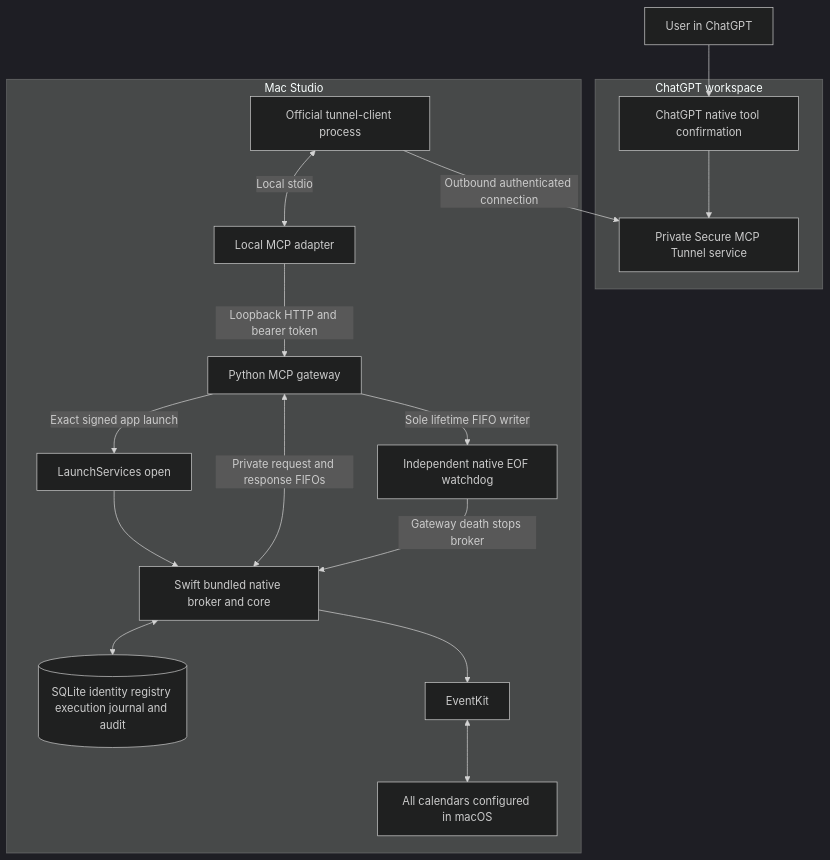
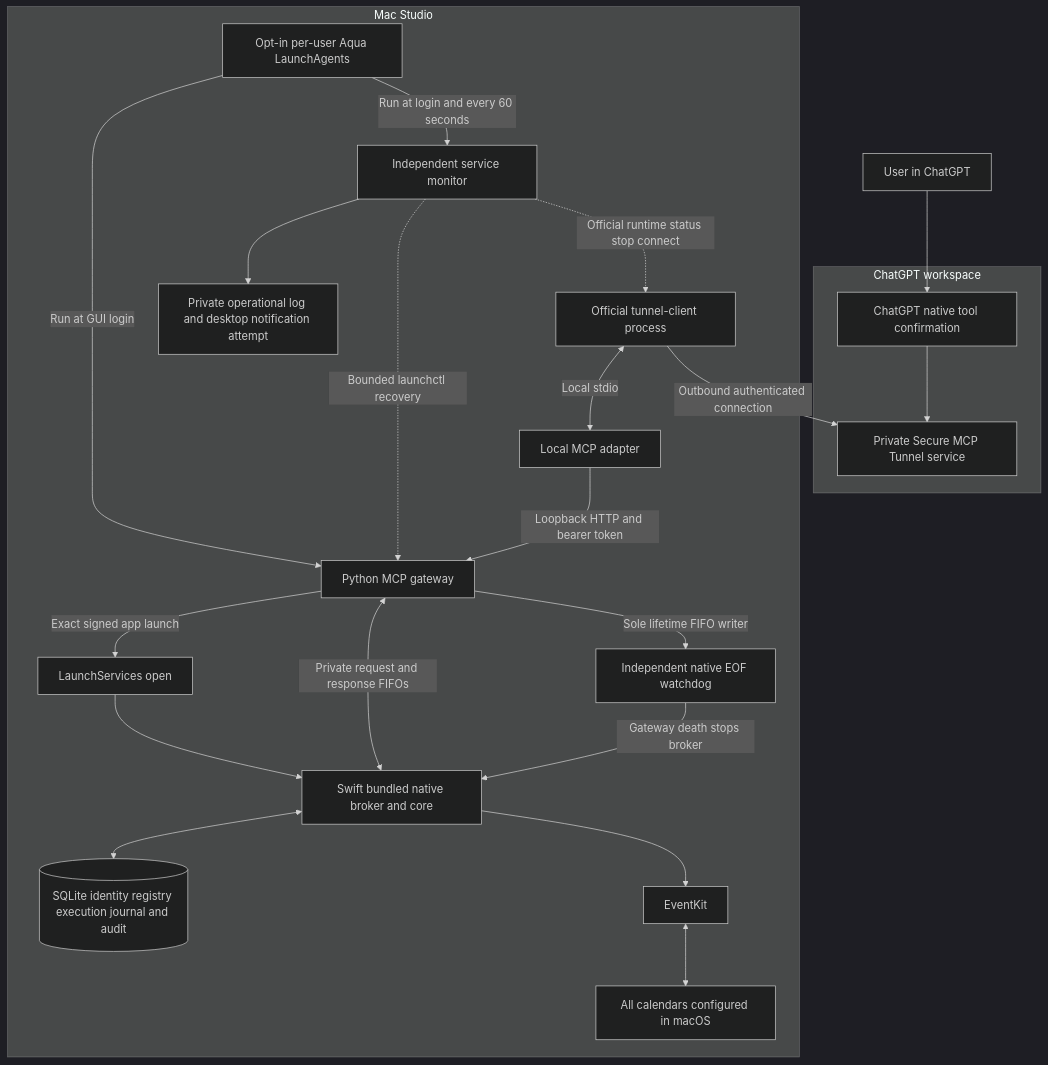
Before and after one commit to rmilkowski/icloud-calendar-mcp: the first of 3 diagrams in docs/architecture.md, drawn with Mermaid (dark theme). The commit also changed other lines of this file and 6 other files, not shown here.

Commit message:
Add macOS login services with bounded recovery and alerts

````diff
--- a/docs/architecture.md
+++ b/docs/architecture.md
@@ -22,20 +23,25 @@
 ```mermaid
 flowchart TB
     U[User in ChatGPT] --> C[ChatGPT native tool confirmation]
     subgraph Cloud[ChatGPT workspace]
         C --> T[Private Secure MCP Tunnel service]
     end
     subgraph Mac[Mac Studio]
+        LD[Opt-in per-user Aqua LaunchAgents] -->|Run at GUI login| G
+        LD -->|Run at login and every 60 seconds| M[Independent service monitor]
+        M -.->|Bounded launchctl recovery| G
+        M -.->|Official runtime status stop connect| TC
+        M --> N[Private operational log and desktop notification attempt]
         TC[Official tunnel-client process] -->|Outbound authenticated connection| T
         TC <-->|Local stdio| A[Local MCP adapter]
         A -->|Loopback HTTP and bearer token| G[Python MCP gateway]
         G -->|Exact signed app launch| L[LaunchServices open]
         L --> B[Swift bundled native broker and core]
         G <-->|Private request and response FIFOs| B
         G -->|Sole lifetime FIFO writer| W[Independent native EOF watchdog]
         W -->|Gateway death stops broker| B
         B <--> D[(SQLite identity registry execution journal and audit)]
         B --> E[EventKit]
         E <--> K[All calendars configured in macOS]
     end
 ```
````
